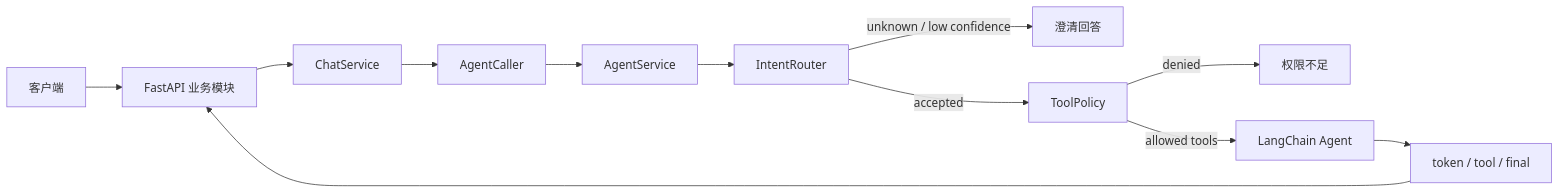
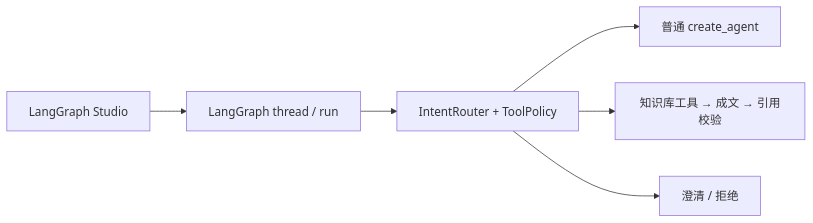
One commit to Y-mu/THar changed the diagram in README.md. Above: the diagram before and after it, drawn with Mermaid. The commit also changed other lines of this file and 102 other files, not shown here.

````diff
--- a/README.md
+++ b/README.md
@@ -78,14 +7,8 @@
 ```mermaid
 flowchart LR
-    Client[客户端] --> API[FastAPI 业务模块]
-    API --> Chat[ChatService]
-    Chat --> Port[AgentCaller]
-    Port --> Service[AgentService]
-    Service --> Router[IntentRouter]
-    Router -->|unknown / low confidence| Clarify[澄清回答]
-    Router -->|accepted| Policy[ToolPolicy]
-    Policy -->|denied| Denied[权限不足]
-    Policy -->|allowed tools| Agent[LangChain Agent]
-    Agent --> Events[token / tool / final]
-    Events --> API
+    Studio[LangGraph Studio] --> Server[LangGraph thread / run]
+    Server --> Intent[IntentRouter + ToolPolicy]
+    Intent --> Chat[普通 create_agent]
+    Intent --> Knowledge[知识库工具 → 成文 → 引用校验]
+    Intent --> Stop[澄清 / 拒绝]
 ```
````
